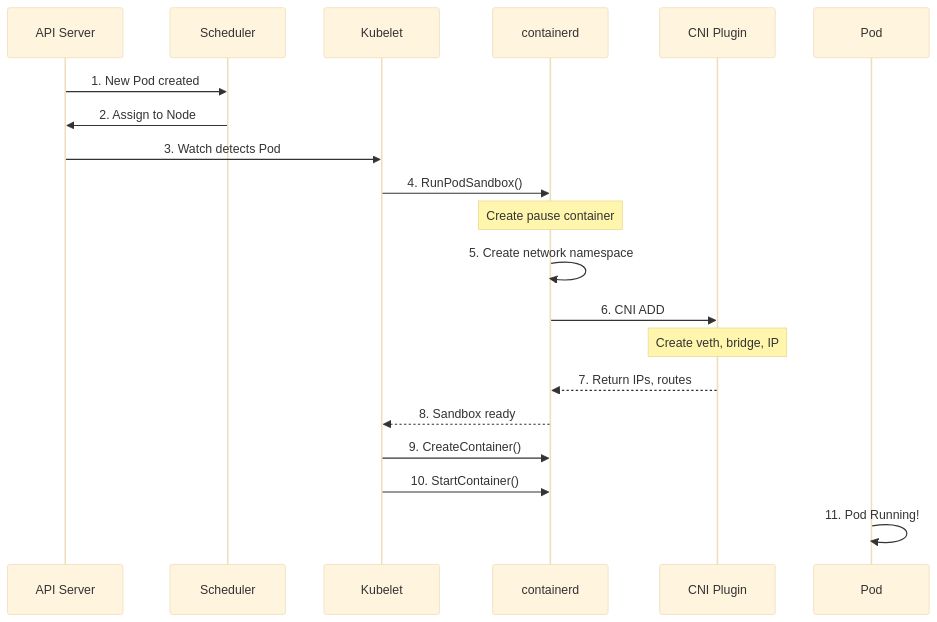
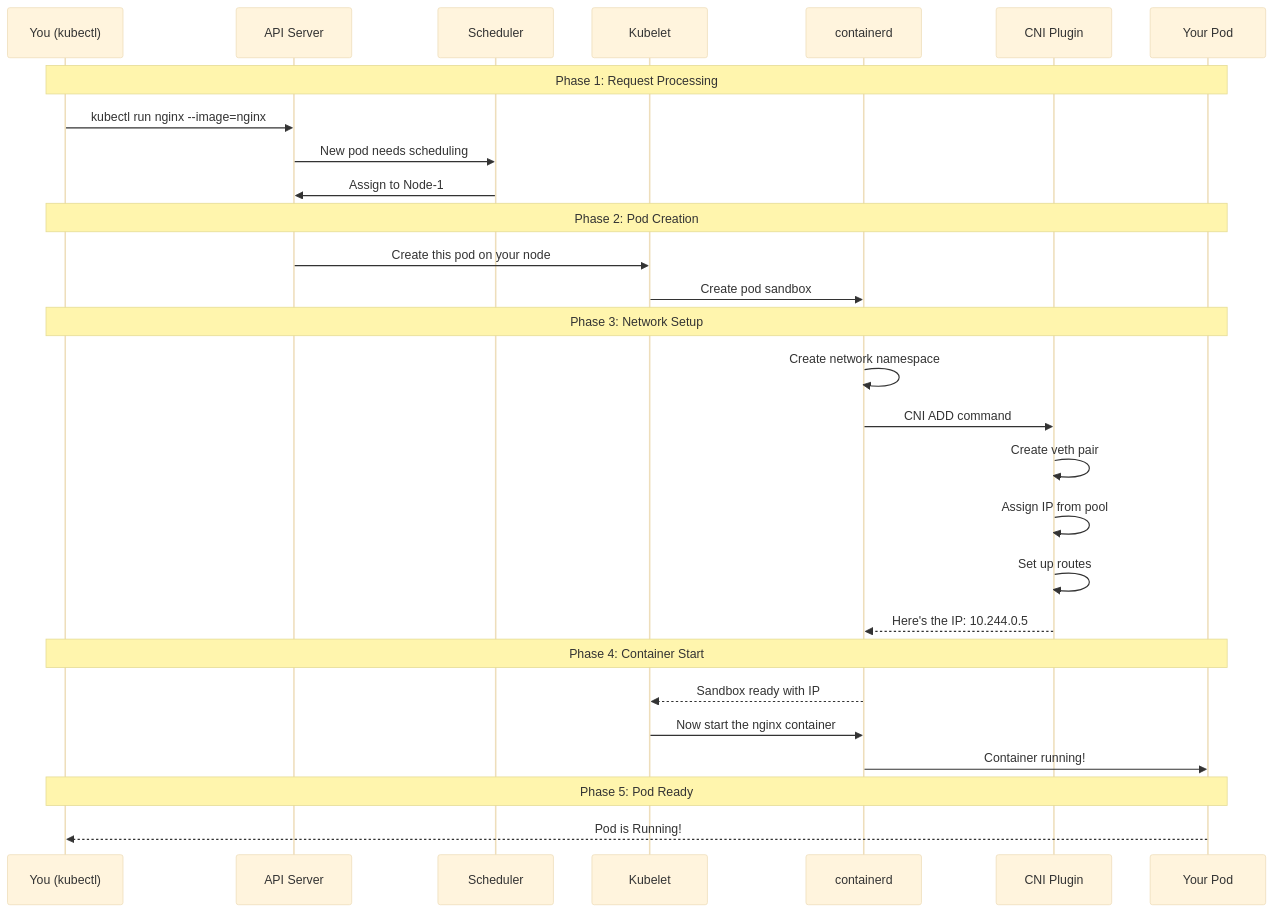
Before and after one commit to selvakumarperumal/k8s_minikube_learn: the second of 2 diagrams in cni_networking/02-cni-architecture.md, drawn with Mermaid (base theme). The commit also changed other lines of this file and 4 other files, not shown here.

````diff
--- a/cni_networking/02-cni-architecture.md
+++ b/cni_networking/02-cni-architecture.md
@@ -73,28 +125,35 @@
 ```mermaid
 sequenceDiagram
+    participant User as You (kubectl)
     participant API as API Server
     participant Sched as Scheduler
     participant Kubelet as Kubelet
     participant CRI as containerd
     participant CNI as CNI Plugin
-    participant Pod as Pod
+    participant Pod as Your Pod
     
-    API->>Sched: 1. New Pod created
-    Sched->>API: 2. Assign to Node
-    API->>Kubelet: 3. Watch detects Pod
+    Note over User,Pod: Phase 1: Request Processing
+    User->>API: kubectl run nginx --image=nginx
+    API->>Sched: New pod needs scheduling
+    Sched->>API: Assign to Node-1
     
-    Kubelet->>CRI: 4. RunPodSandbox()
-    Note over CRI: Create pause container
-    CRI->>CRI: 5. Create network namespace
+    Note over User,Pod: Phase 2: Pod Creation
+    API->>Kubelet: Create this pod on your node
+    Kubelet->>CRI: Create pod sandbox
     
-    CRI->>CNI: 6. CNI ADD
-    Note over CNI: Create veth, bridge, IP
-    CNI-->>CRI: 7. Return IPs, routes
+    Note over User,Pod: Phase 3: Network Setup
+    CRI->>CRI: Create network namespace
+    CRI->>CNI: CNI ADD command
+    CNI->>CNI: Create veth pair
+    CNI->>CNI: Assign IP from pool
+    CNI->>CNI: Set up routes
+    CNI-->>CRI: Here's the IP: 10.244.0.5
     
-    CRI-->>Kubelet: 8. Sandbox ready
+    Note over User,Pod: Phase 4: Container Start
+    CRI-->>Kubelet: Sandbox ready with IP
+    Kubelet->>CRI: Now start the nginx container
+    CRI->>Pod: Container running!
     
-    Kubelet->>CRI: 9. CreateContainer()
-    Kubelet->>CRI: 10. StartContainer()
-    
-    Pod->>Pod: 11. Pod Running!
+    Note over User,Pod: Phase 5: Pod Ready
+    Pod-->>User: Pod is Running!
 ```
````
